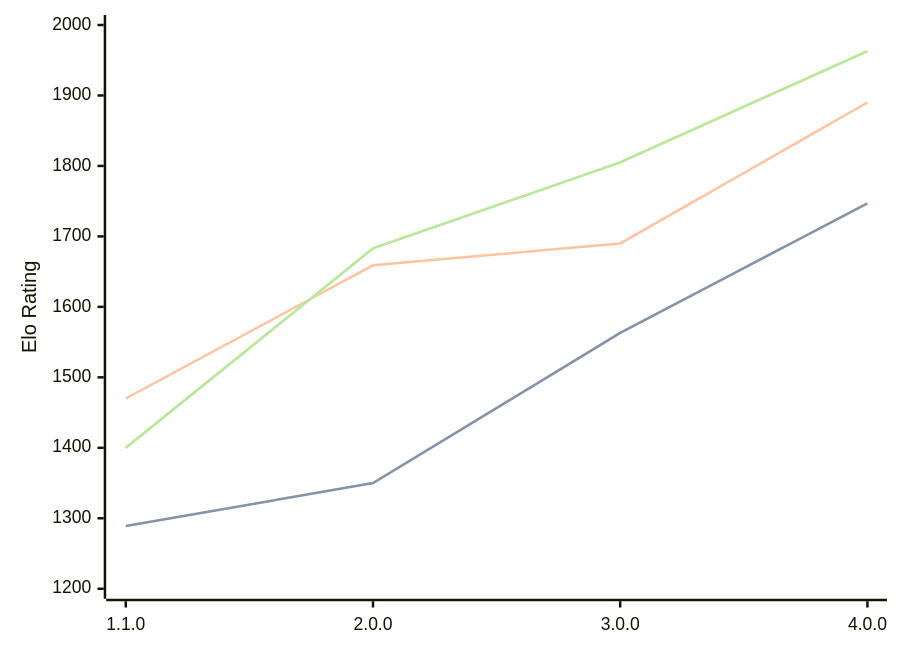
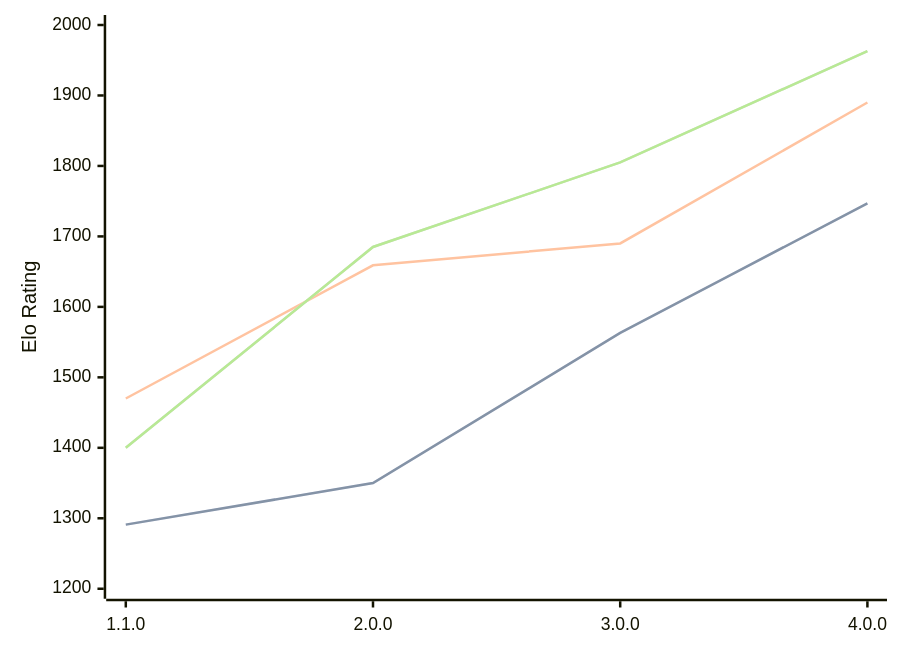
The first of 3 diagrams in engines/Laura.md (computer-chess-index/cci), drawn with Mermaid before and after one commit. The commit also changed other lines of this file, not shown here.

Commit message:
Update CCI Ratings (ELO VLTC) - 2026-06-24

````diff
--- a/engines/Laura.md
+++ b/engines/Laura.md
@@ -35,11 +35,11 @@
 ```mermaid
 %%{init: {"theme":"base","themeVariables":{"seriesColors:['#a3a3a3','#222221','#faa371']}}}%%
 xychart-beta
   x-axis ["1.1.0", "2.0.0", "3.0.0", "4.0.0"]
   y-axis "Elo Rating" 1200 --> 2000
-  line "STC (8.0+0.08s)" [1289, 1350, 1563, 1747]
-  line "STC (8.0+0.08s)" [1289, 1350, 1563, 1747]
+  line "STC (8.0+0.08s)" [1291, 1350, 1563, 1747]
+  line "STC (8.0+0.08s)" [1291, 1350, 1563, 1747]
   line "LTC (60.0+0.60s)" [1470, 1659, 1690, 1890]
-  line "VLTC (2m24s+1.12s)" [1400, 1683, 1805, 1963]
-  line "VLTC (2m24s+1.12s)" [1400, 1683, 1805, 1963]
+  line "VLTC (2m24s+1.12s)" [1400, 1685, 1805, 1963]
+  line "VLTC (2m24s+1.12s)" [1400, 1685, 1805, 1963]
 ```
````
